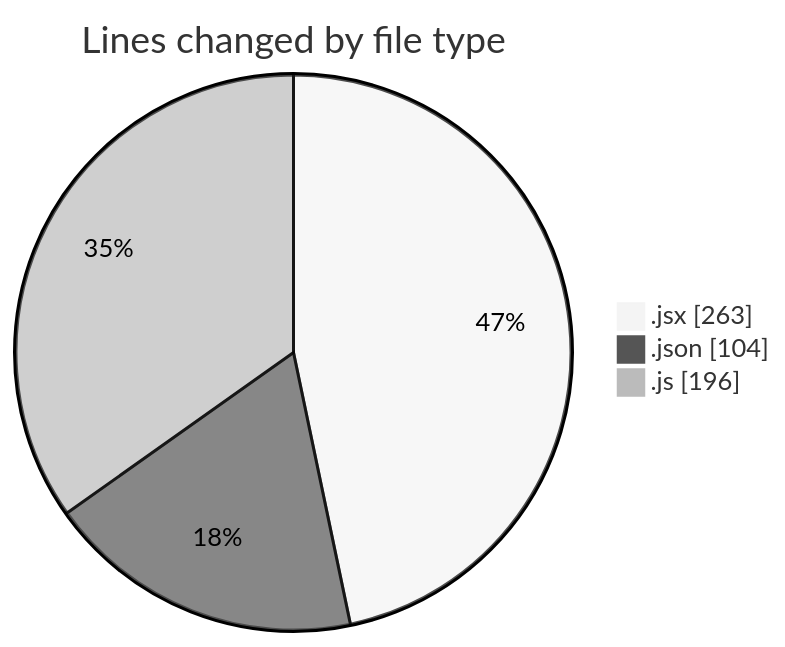
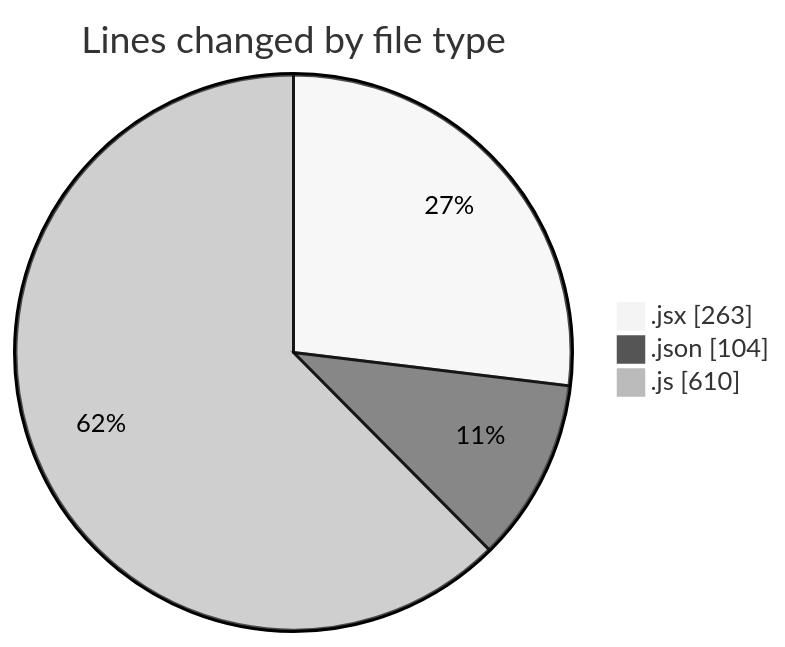
The first of 2 diagrams in 2025-05-19/cda/README.md (momahboobian/code-tracking), drawn with Mermaid (neutral theme) before and after one commit. The commit also changed other lines of this file and 1 other file, not shown here.

````diff
--- a/2025-05-19/cda/README.md
+++ b/2025-05-19/cda/README.md
@@ -22,7 +22,7 @@
 ```mermaid
 pie showData
 title Lines changed by file type
 ".jsx" : 263
 ".json" : 104
-".js" : 196
+".js" : 610
 ```
````
